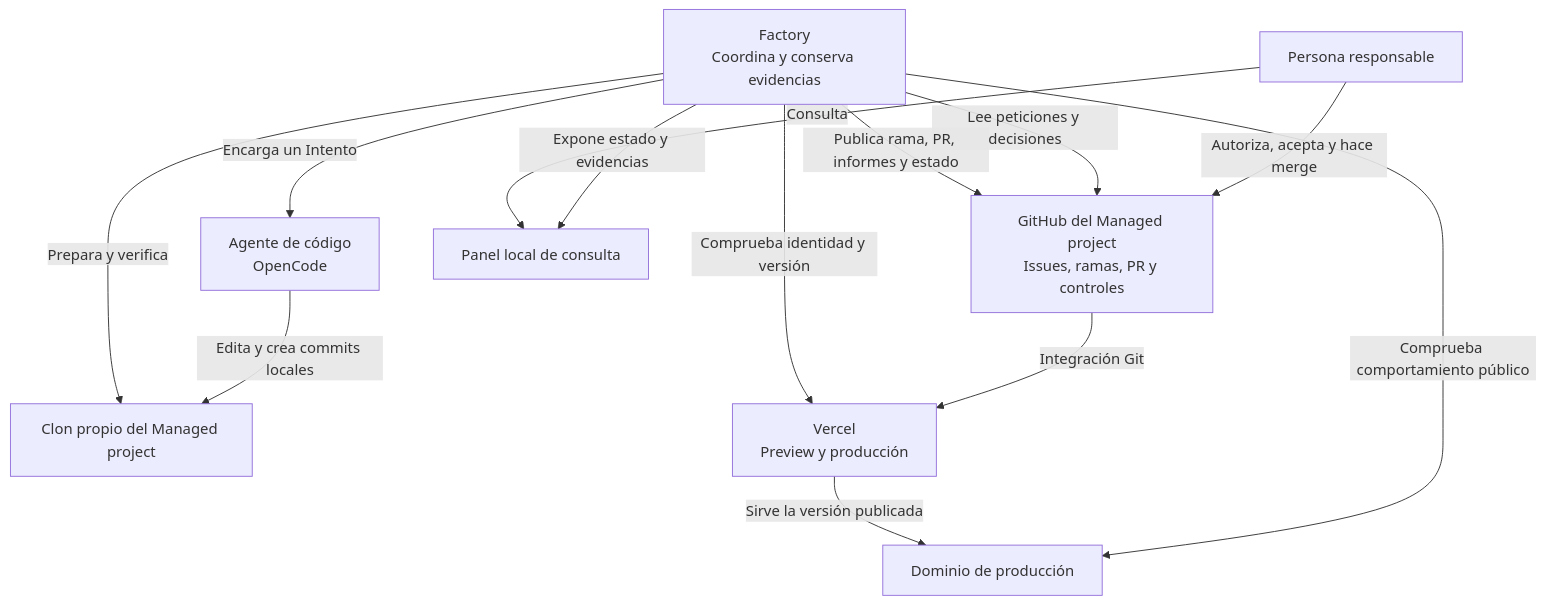
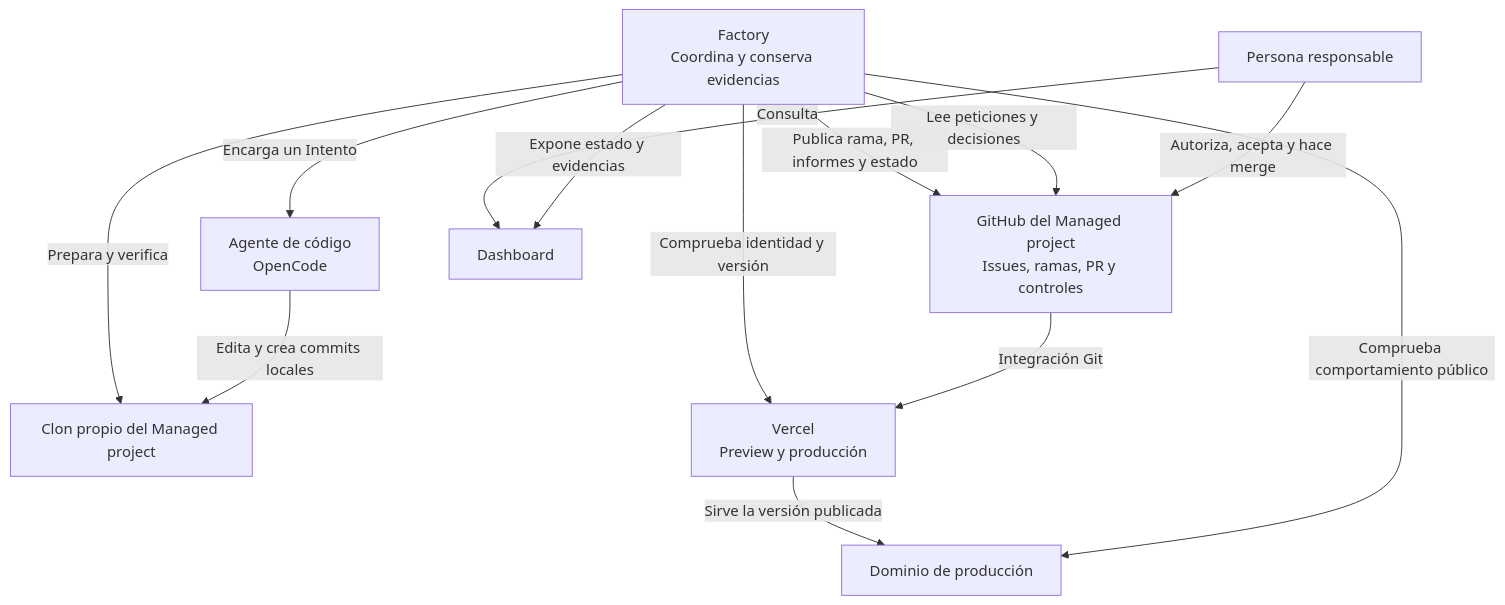
One commit to rubenbp/app-foundry changed the first of 3 diagrams in docs/manual/01-mapa.md. Above: the diagram before and after it, drawn with Mermaid. The commit also changed other lines of this file and 27 other files, not shown here.

Commit message:
Rename local query panel to dashboard

````diff
--- a/docs/manual/01-mapa.md
+++ b/docs/manual/01-mapa.md
@@ -7,15 +7,15 @@
 ```mermaid
 flowchart TB
     H["Persona responsable"] -->|"Autoriza, acepta y hace merge"| G["GitHub del Managed project<br/>Issues, ramas, PR y controles"]
     F["Factory<br/>Coordina y conserva evidencias"] -->|"Lee peticiones y decisiones"| G
     F -->|"Publica rama, PR, informes y estado"| G
     F -->|"Encarga un Intento"| A["Agente de código<br/>OpenCode"]
     A -->|"Edita y crea commits locales"| W["Clon propio del Managed project"]
     F -->|"Prepara y verifica"| W
     G -->|"Integración Git"| V["Vercel<br/>Preview y producción"]
     F -->|"Comprueba identidad y versión"| V
     F -->|"Comprueba comportamiento público"| P["Dominio de producción"]
     V -->|"Sirve la versión publicada"| P
-    F -->|"Expone estado y evidencias"| L["Panel local de consulta"]
+    F -->|"Expone estado y evidencias"| L["Dashboard"]
     H -->|"Consulta"| L
 ```
````
